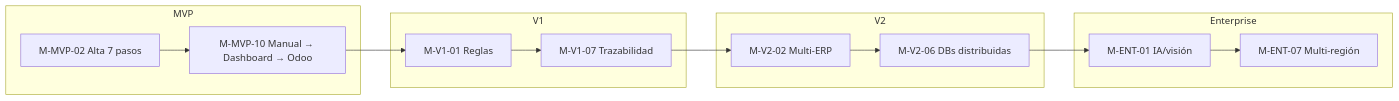
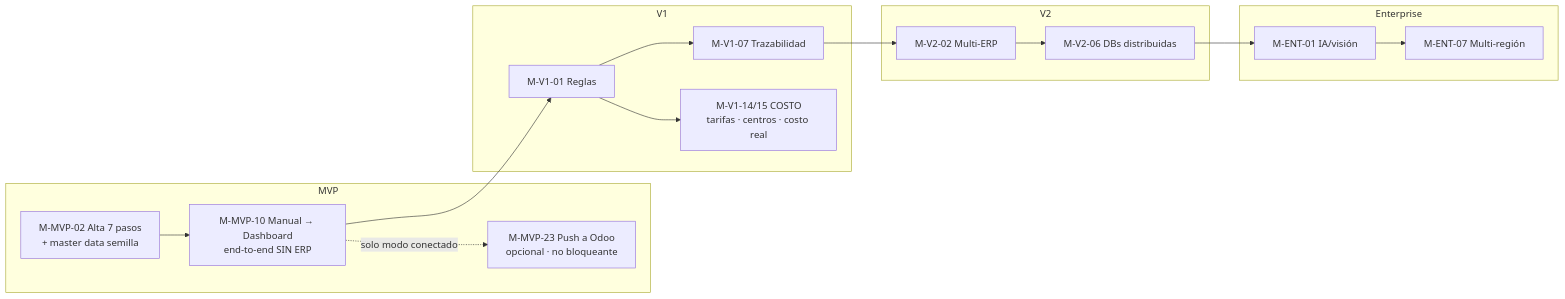
Before and after one commit to buttiepedro/mes: the third of 3 diagrams in docs/specs/roadmap/milestones.md, drawn with Mermaid. The commit also changed other lines of this file and 17 other files, not shown here.

````diff
--- a/docs/specs/roadmap/milestones.md
+++ b/docs/specs/roadmap/milestones.md
@@ -150,20 +178,24 @@
 ```mermaid
 flowchart LR
     subgraph MVP
-        A[M-MVP-02 Alta 7 pasos]
-        B[M-MVP-10 Manual → Dashboard → Odoo]
+        A[M-MVP-02 Alta 7 pasos<br/>+ master data semilla]
+        B[M-MVP-10 Manual → Dashboard<br/>end-to-end SIN ERP]
+        OPT[M-MVP-23 Push a Odoo<br/>opcional · no bloqueante]
+        B -. solo modo conectado .-> OPT
     end
     subgraph V1
         C[M-V1-01 Reglas]
         D[M-V1-07 Trazabilidad]
+        E0[M-V1-14/15 COSTO<br/>tarifas · centros · costo real]
+        C --> E0
     end
     subgraph V2
         E[M-V2-02 Multi-ERP]
         F[M-V2-06 DBs distribuidas]
     end
     subgraph Enterprise
         G[M-ENT-01 IA/visión]
         H[M-ENT-07 Multi-región]
     end
     A --> B --> C --> D --> E --> F --> G --> H
 ```
````
